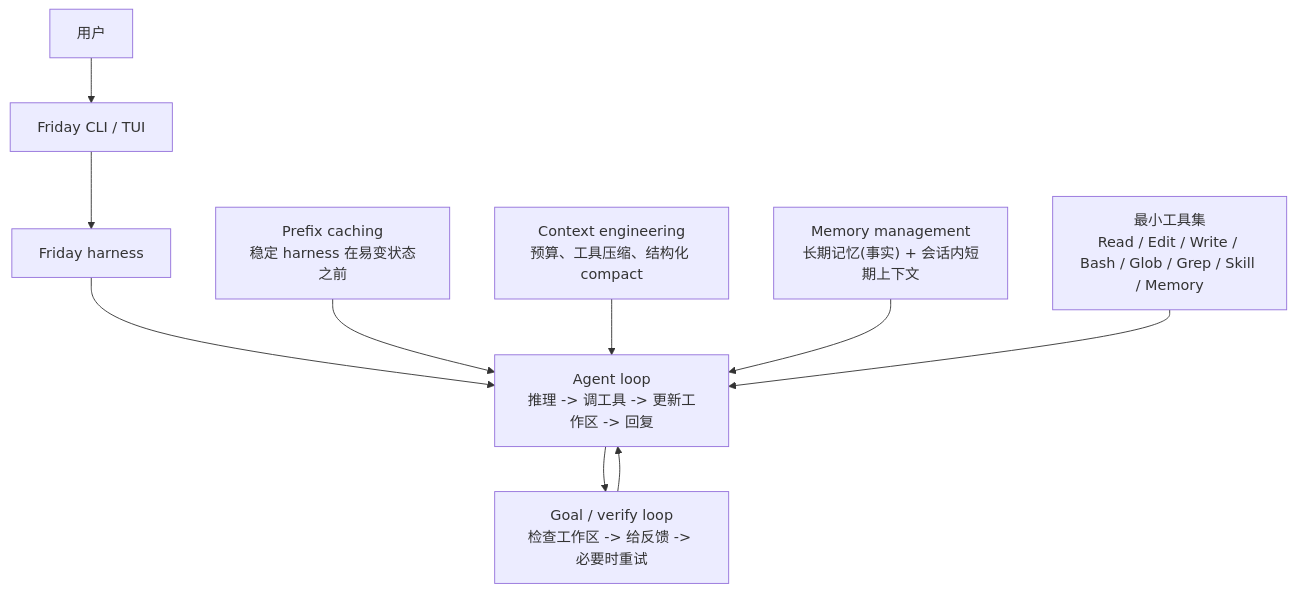
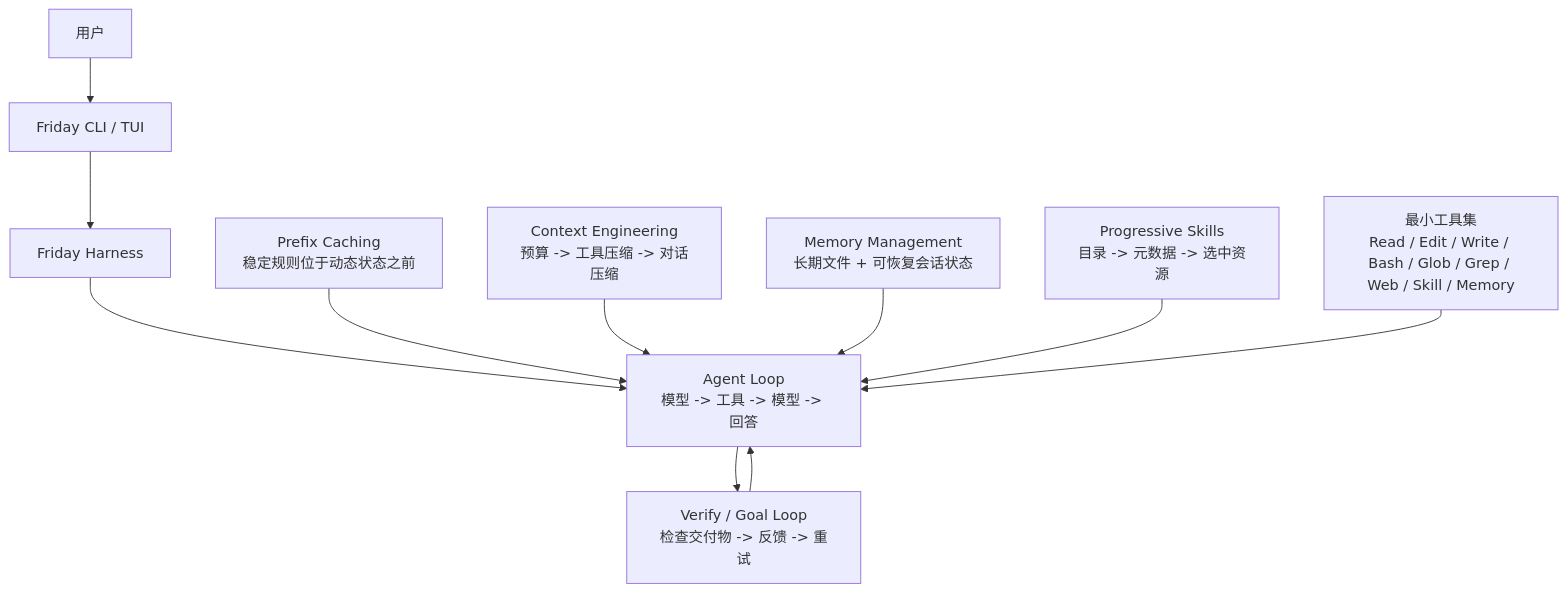
The diagram in README.zh-CN.md (Lancetwang/friday), drawn with Mermaid before and after one commit. The commit also changed other lines of this file and 10 other files, not shown here.

Commit message:
Harden installation and progressive skills

````diff
--- a/README.zh-CN.md
+++ b/README.zh-CN.md
@@ -29,14 +40,15 @@
 ```mermaid
 flowchart TD
-    User["用户"] --> Friday["Friday CLI / TUI"]
-    Friday --> Harness["Friday harness"]
+    User["用户"] --> Surface["Friday CLI / TUI"]
+    Surface --> Harness["Friday Harness"]
 
-    Harness --> AgentLoop["Agent loop<br/>推理 -> 调工具 -> 更新工作区 -> 回复"]
-    AgentLoop --> VerifyLoop["Goal / verify loop<br/>检查工作区 -> 给反馈 -> 必要时重试"]
-    VerifyLoop --> AgentLoop
+    Harness --> AgentLoop["Agent Loop<br/>模型 -> 工具 -> 模型 -> 回答"]
+    AgentLoop --> OuterLoop["Verify / Goal Loop<br/>检查交付物 -> 反馈 -> 重试"]
+    OuterLoop --> AgentLoop
 
-    Prefix["Prefix caching<br/>稳定 harness 在易变状态之前"] --> AgentLoop
-    Context["Context engineering<br/>预算、工具压缩、结构化 compact"] --> AgentLoop
-    Memory["Memory management<br/>长期记忆(事实) + 会话内短期上下文"] --> AgentLoop
-    Tools["最小工具集<br/>Read / Edit / Write / Bash / Glob / Grep / Skill / Memory"] --> AgentLoop
+    Prefix["Prefix Caching<br/>稳定规则位于动态状态之前"] --> AgentLoop
+    Context["Context Engineering<br/>预算 -> 工具压缩 -> 对话压缩"] --> AgentLoop
+    Memory["Memory Management<br/>长期文件 + 可恢复会话状态"] --> AgentLoop
+    Skills["Progressive Skills<br/>目录 -> 元数据 -> 选中资源"] --> AgentLoop
+    Tools["最小工具集<br/>Read / Edit / Write / Bash / Glob / Grep / Web / Skill / Memory"] --> AgentLoop
 ```
````
